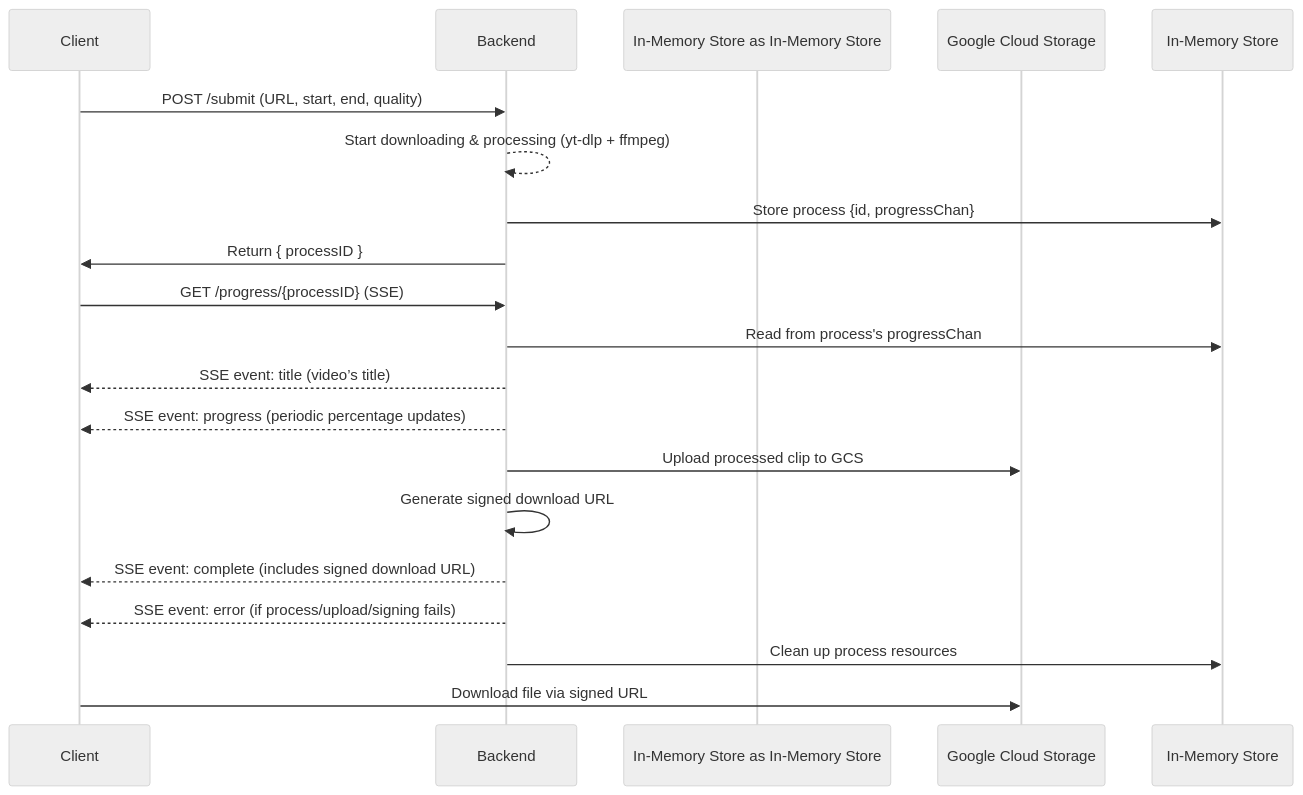
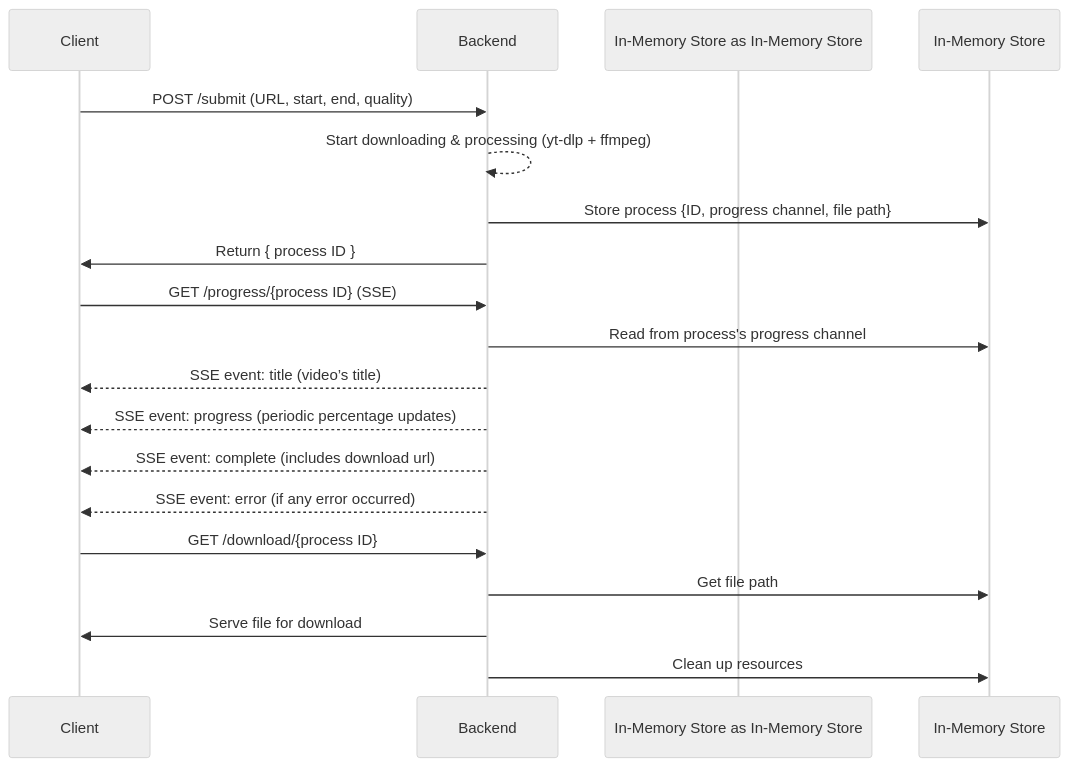
One commit to mohamedhesham1619/video-clipper changed the diagram in README.md. Above: the diagram before and after it, drawn with Mermaid (neutral theme). The commit also changed other lines of this file, not shown here.

````diff
--- a/README.md
+++ b/README.md
@@ -65,34 +62,34 @@
 ```mermaid
 sequenceDiagram
   participant Client as Client
   participant Backend as Backend
   participant In-Memory Store as In-Memory Store
-  participant GCS as Google Cloud Storage
 
   %% Submit Phase
   Client ->> Backend: POST /submit (URL, start, end, quality)
   Backend -->> Backend: Start downloading & processing (yt-dlp + ffmpeg)
-  Backend ->> In-Memory Store: Store process {id, progressChan}
-  Backend ->> Client: Return { processID }
+  Backend ->> In-Memory Store: Store process {ID, progress channel, file path}
+  Backend ->> Client: Return { process ID }
 
   %% Progress Phase (SSE stream)
-  Client ->> Backend: GET /progress/{processID} (SSE)
-  Backend ->> In-Memory Store: Read from process's progressChan
+  Client ->> Backend: GET /progress/{process ID} (SSE)
+  Backend ->> In-Memory Store: Read from process's progress channel
 
   %% SSE Events
   Backend -->> Client: SSE event: title (video’s title)
   Backend -->> Client: SSE event: progress (periodic percentage updates)
 
-  %% Upload & URL Generation
-  Backend ->> GCS: Upload processed clip to GCS
-  Backend ->> Backend: Generate signed download URL
+  %% Completion / Error
+  Backend -->> Client: SSE event: complete (includes download url)
+  Backend -->> Client: SSE event: error (if any error occurred)
 
-  %% Completion / Error
-  Backend -->> Client: SSE event: complete (includes signed download URL)
-  Backend -->> Client: SSE event: error (if process/upload/signing fails)
-  Backend ->> In-Memory Store: Clean up process resources
+  
+ 
+  %% Client Download
+  Client ->> Backend: GET /download/{process ID}
+  Backend ->> In-Memory Store: Get file path
+  Backend ->> Client: Serve file for download
 
-  %% Client Download
-  Client ->> GCS: Download file via signed URL
+  Backend ->> In-Memory Store: Clean up resources
 
 ```
````
